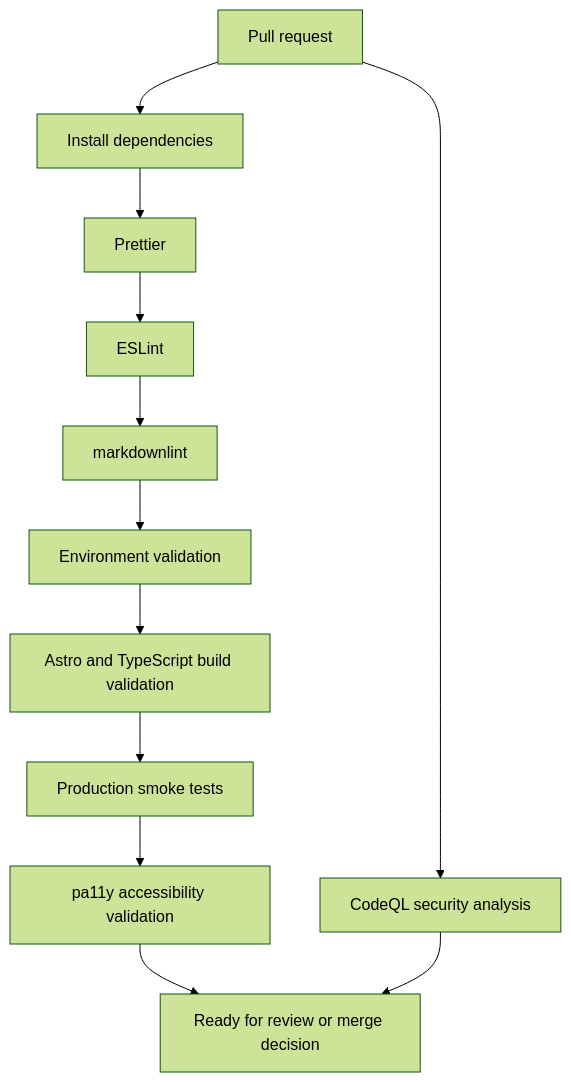
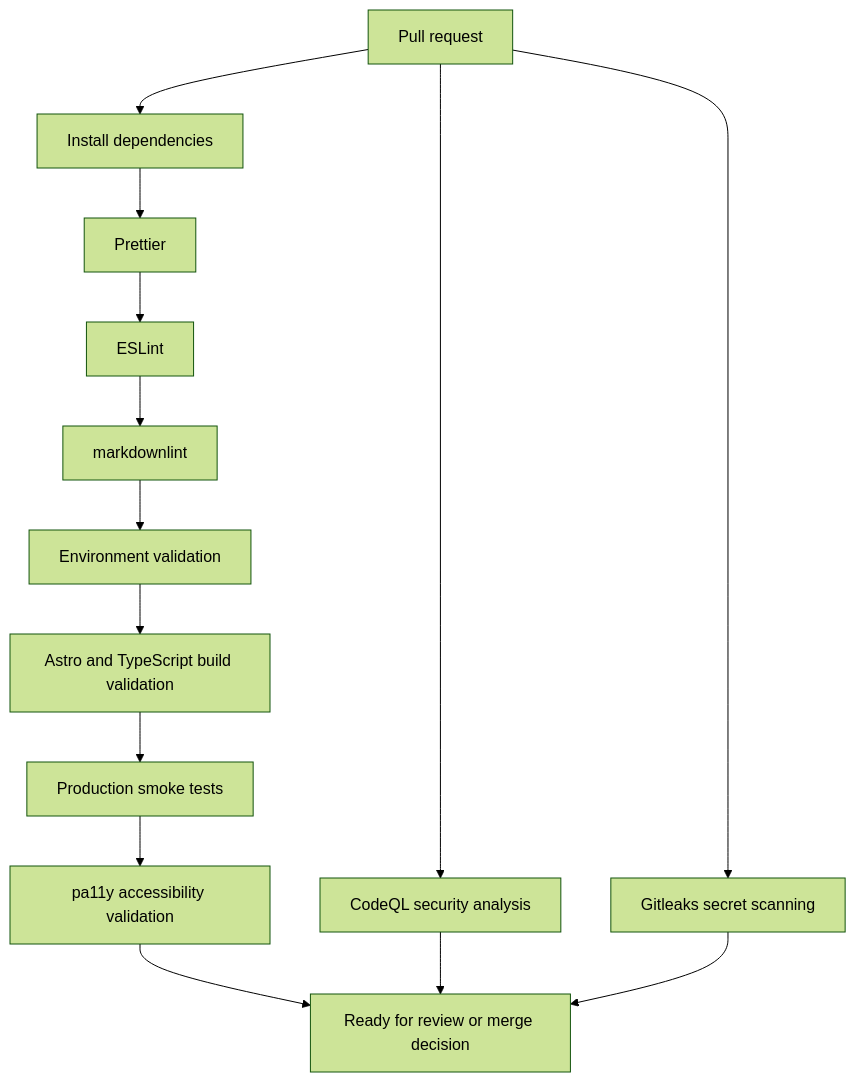
Before and after one commit to neibaur/domain-placeholder-platform: the diagram in docs/governance.md, drawn with Mermaid (forest theme). The commit also changed other lines of this file and 3 other files, not shown here.

Commit message:
security: add gitleaks secret scanning governance (#16)

````diff
--- a/docs/governance.md
+++ b/docs/governance.md
@@ -32,14 +32,16 @@
 ```mermaid
 flowchart TD
   pr[Pull request] --> install[Install dependencies]
   install --> format[Prettier]
   format --> lint[ESLint]
   lint --> markdown[markdownlint]
   markdown --> env[Environment validation]
   env --> build[Astro and TypeScript build validation]
   build --> smoke[Production smoke tests]
   smoke --> a11y[pa11y accessibility validation]
   a11y --> ready[Ready for review or merge decision]
   pr --> codeql[CodeQL security analysis]
   codeql --> ready
+  pr --> gitleaks[Gitleaks secret scanning]
+  gitleaks --> ready
 ```
````
